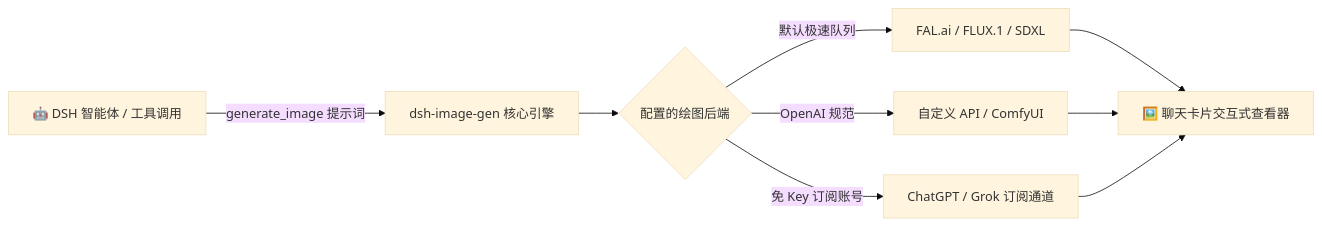
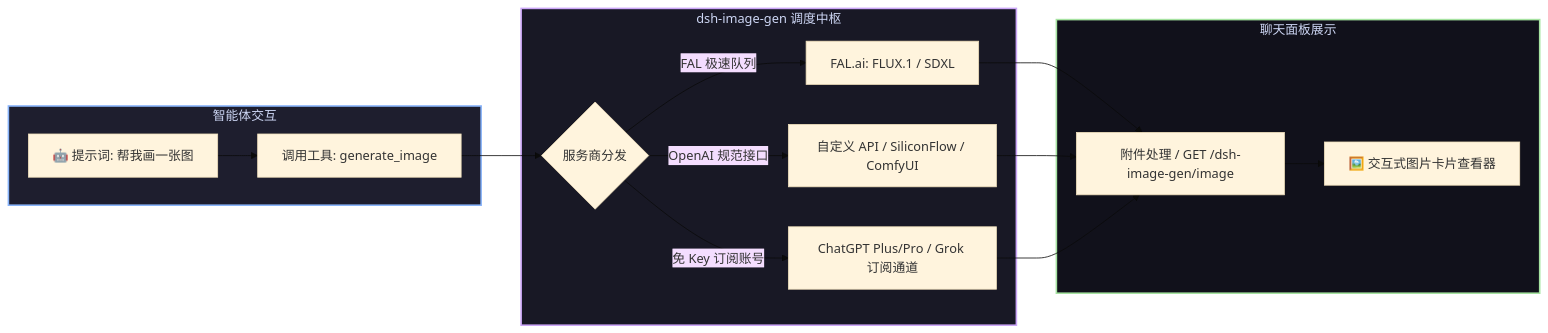
Before and after one commit to GooDAnDReaDY/dsh-image-gen: the diagram in README.zh.md, drawn with Mermaid (base theme). The commit also changed other lines of this file and 2 other files, not shown here.

Commit message:
docs: expand dsh-image-gen with full multi-backend architecture, delivery modes & parameter tables

````diff
--- a/README.zh.md
+++ b/README.zh.md
@@ -28,13 +28,24 @@
 ```mermaid
 graph LR
-    Agent[🤖 DSH 智能体 / 工具调用] -->|generate_image 提示词| Plugin[dsh-image-gen 核心引擎]
-    Plugin --> Switch{配置的绘图后端}
-    
-    Switch -->|默认极速队列| FAL[FAL.ai / FLUX.1 / SDXL]
-    Switch -->|OpenAI 规范| Custom[自定义 API / ComfyUI]
-    Switch -->|免 Key 订阅账号| Codex[ChatGPT / Grok 订阅通道]
-    
-    FAL --> Viewer[🖼️ 聊天卡片交互式查看器]
-    Custom --> Viewer
-    Codex --> Viewer
+    subgraph Trigger [智能体交互]
+        Agent[🤖 提示词: 帮我画一张图] --> ToolCall[调用工具: generate_image]
+    end
+
+    subgraph Dispatcher [dsh-image-gen 调度中枢]
+        ToolCall --> Router{服务商分发}
+        Router -->|FAL 极速队列| FAL[FAL.ai: FLUX.1 / SDXL]
+        Router -->|OpenAI 规范接口| Custom[自定义 API / SiliconFlow / ComfyUI]
+        Router -->|免 Key 订阅账号| Codex[ChatGPT Plus/Pro / Grok 订阅通道]
+    end
+
+    subgraph Delivery [聊天面板展示]
+        FAL --> Handler[附件处理 / GET /dsh-image-gen/image]
+        Custom --> Handler
+        Codex --> Handler
+        Handler --> Viewer[🖼️ 交互式图片卡片查看器]
+    end
+
+    style Trigger fill:#1e1e2e,stroke:#89b4fa,stroke-width:2px,color:#cdd6f4
+    style Dispatcher fill:#181825,stroke:#cba6f7,stroke-width:2px,color:#cdd6f4
+    style Delivery fill:#11111b,stroke:#a6e3a1,stroke-width:2px,color:#cdd6f4
 ```
````
